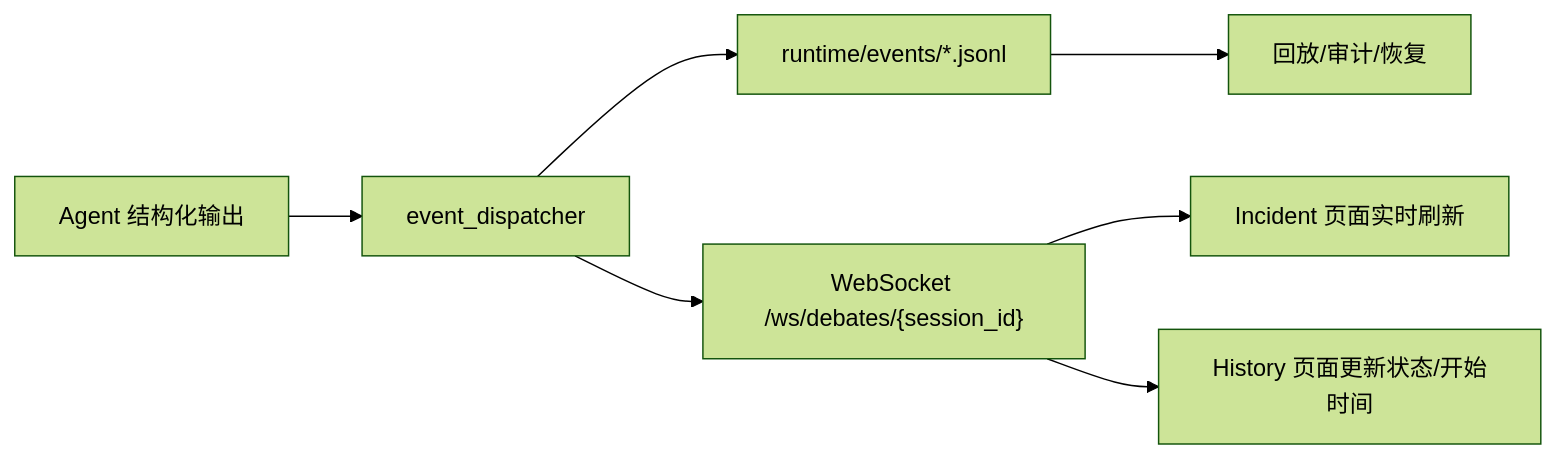
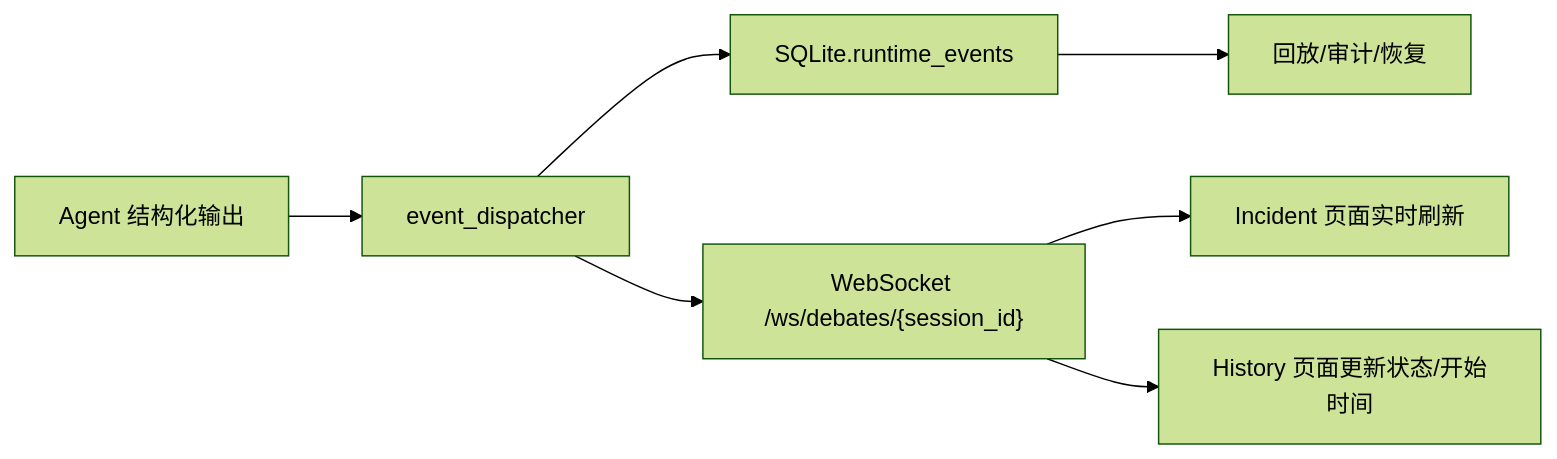
Diagram 16 of 25 in docs/wiki/code-wiki.md (neochen1991/multi-agent-cli), drawn with Mermaid (forest theme) before and after one commit. The commit also changed other lines of this file and 61 other files, not shown here.

````diff
--- a/docs/wiki/code-wiki.md
+++ b/docs/wiki/code-wiki.md
@@ -835,9 +838,9 @@
 ```mermaid
 flowchart LR
     A["Agent 结构化输出"] --> B["event_dispatcher"]
-    B --> C["runtime/events/*.jsonl"]
+    B --> C["SQLite.runtime_events"]
     B --> D["WebSocket /ws/debates/{session_id}"]
     D --> E["Incident 页面实时刷新"]
     D --> F["History 页面更新状态/开始时间"]
     C --> G["回放/审计/恢复"]
 ```
````
